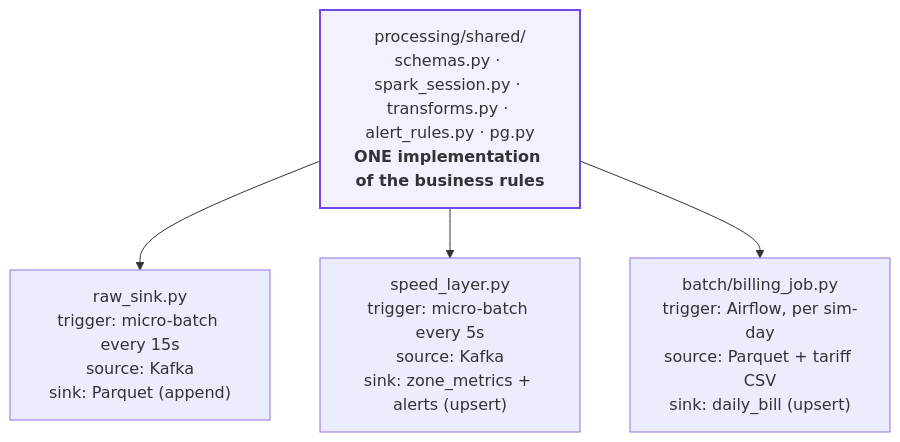
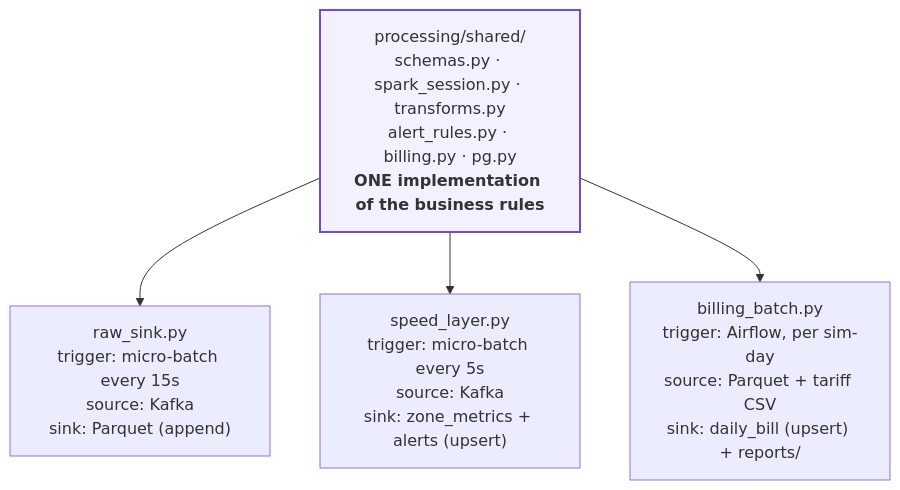
Before and after one commit to kanishkapg/Smart-Grid-Energy: the second of 2 diagrams in docs/01-architecture-diagram.md, drawn with Mermaid. The commit also changed other lines of this file and 15 other files, not shown here.

Commit message:
completed net metering and subsidy formula for writing daily bill

````diff
--- a/docs/01-architecture-diagram.md
+++ b/docs/01-architecture-diagram.md
@@ -50,9 +50,9 @@
 ```mermaid
 flowchart TB
-  CM["processing/shared/<br/>schemas.py · spark_session.py · transforms.py · alert_rules.py · pg.py<br/><b>ONE implementation of the business rules</b>"]
+  CM["processing/shared/<br/>schemas.py · spark_session.py · transforms.py<br/>alert_rules.py · billing.py · pg.py<br/><b>ONE implementation of the business rules</b>"]
   CM --> RS["raw_sink.py<br/>trigger: micro-batch every 15s<br/>source: Kafka<br/>sink: Parquet (append)"]
   CM --> SP["speed_layer.py<br/>trigger: micro-batch every 5s<br/>source: Kafka<br/>sink: zone_metrics + alerts (upsert)"]
-  CM --> BT["batch/billing_job.py<br/>trigger: Airflow, per sim-day<br/>source: Parquet + tariff CSV<br/>sink: daily_bill (upsert)"]
+  CM --> BT["billing_batch.py<br/>trigger: Airflow, per sim-day<br/>source: Parquet + tariff CSV<br/>sink: daily_bill (upsert) + reports/"]
   classDef shared fill:#f3f0ff,stroke:#7048e8,stroke-width:2px
   class CM shared
 ```
````
